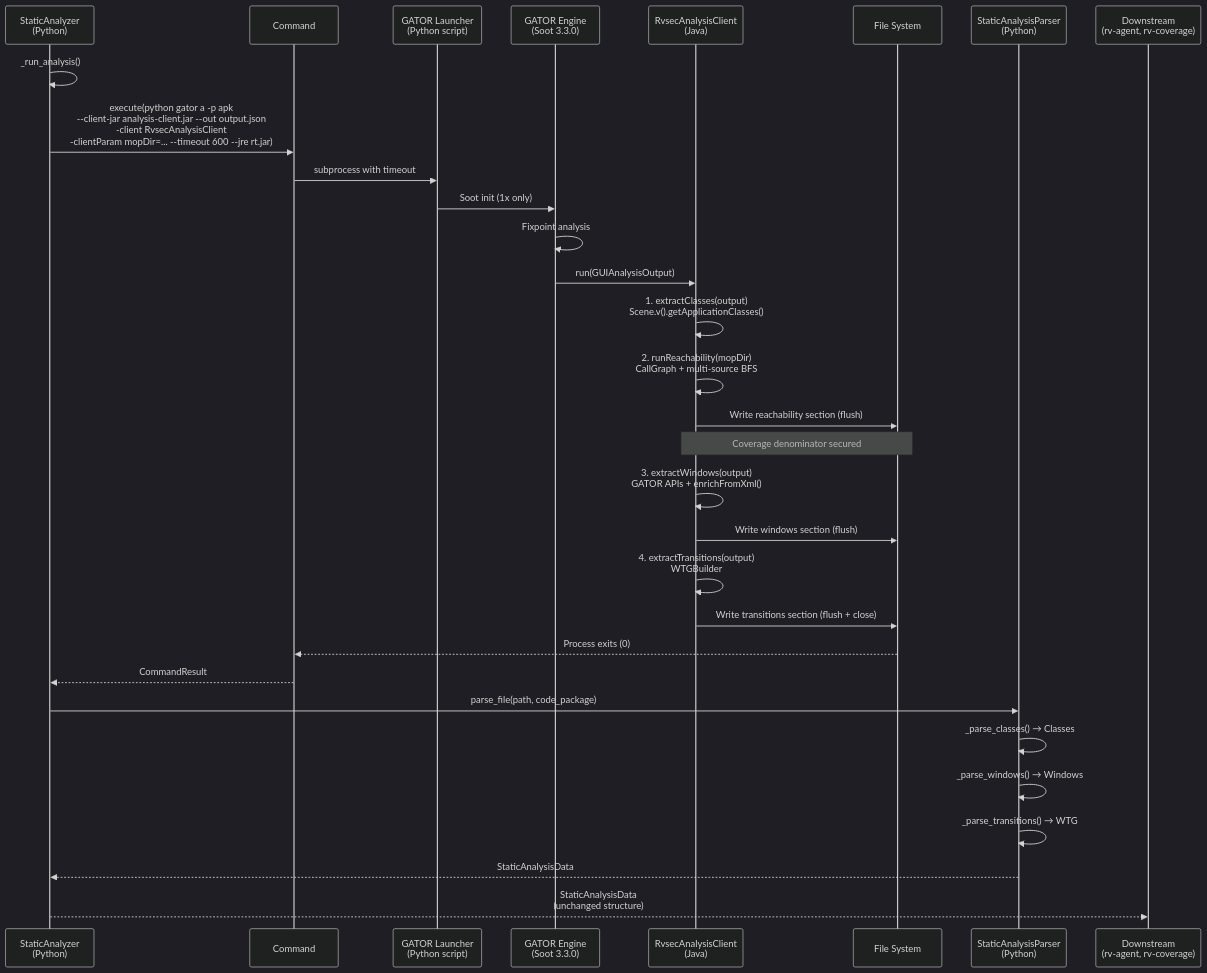
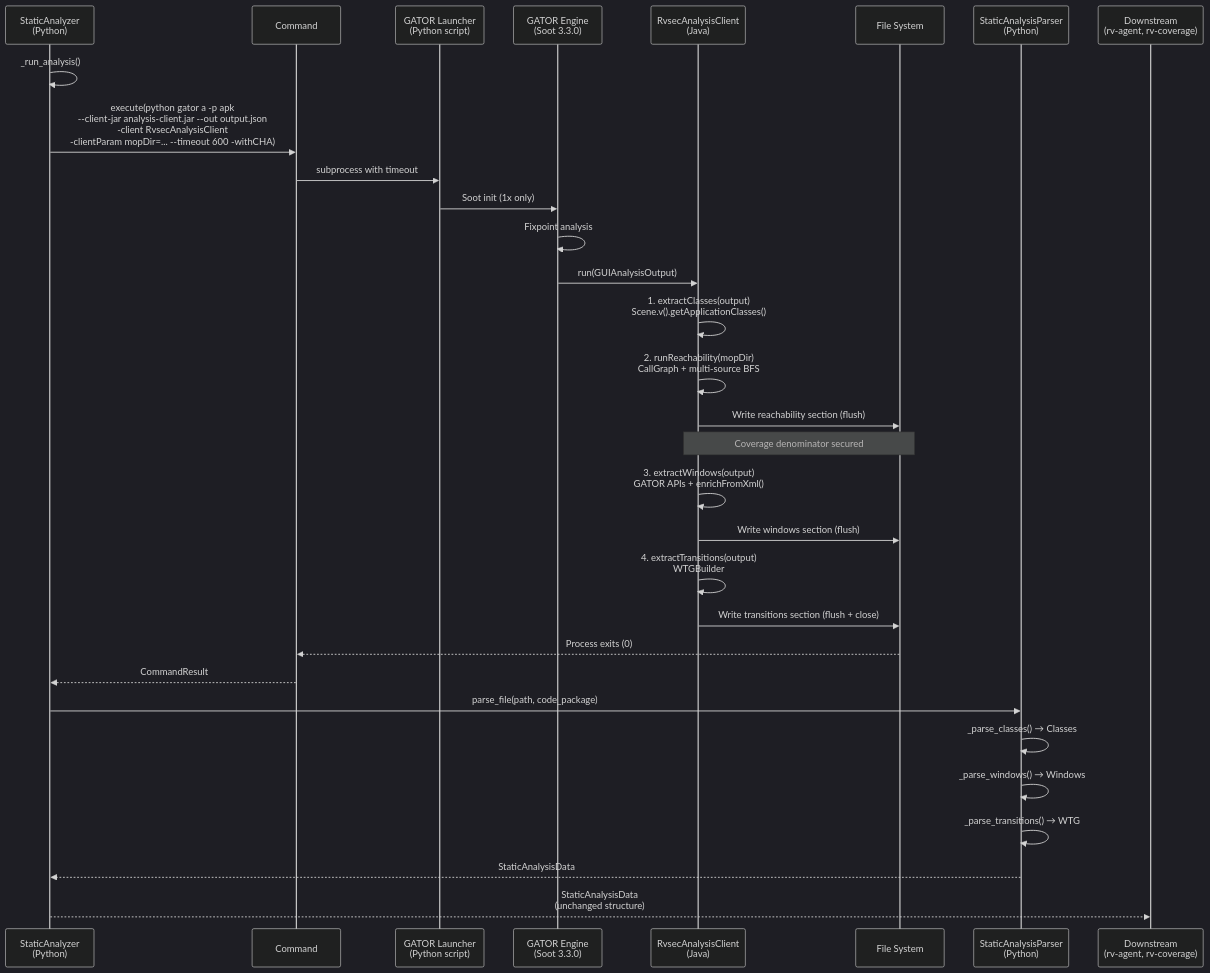
One commit to PAMunb/rvsec changed the third of 4 diagrams in rv-android/openspec/changes/gh27-unified-static-analysis/design.md. Above: the diagram before and after it, drawn with Mermaid (dark theme). The commit also changed other lines of this file and 3 other files, not shown here.

First line of the commit message:
docs(gh27): record spike findings — replace --jre with -withCHA

````diff
--- a/rv-android/openspec/changes/gh27-unified-static-analysis/design.md
+++ b/rv-android/openspec/changes/gh27-unified-static-analysis/design.md
@@ -396,40 +396,40 @@
 ```mermaid
 sequenceDiagram
     participant SA as StaticAnalyzer<br/>(Python)
     participant CMD as Command
     participant GL as GATOR Launcher<br/>(Python script)
     participant GATOR as GATOR Engine<br/>(Soot 3.3.0)
     participant UC as RvsecAnalysisClient<br/>(Java)
     participant FS as File System
     participant UP as StaticAnalysisParser<br/>(Python)
     participant DS as Downstream<br/>(rv-agent, rv-coverage)
 
     SA->>SA: _run_analysis()
-    SA->>CMD: execute(python gator a -p apk<br/>--client-jar analysis-client.jar --out output.json<br/>-client RvsecAnalysisClient<br/>-clientParam mopDir=... --timeout 600 --jre rt.jar)
+    SA->>CMD: execute(python gator a -p apk<br/>--client-jar analysis-client.jar --out output.json<br/>-client RvsecAnalysisClient<br/>-clientParam mopDir=... --timeout 600 -withCHA)
 
     CMD->>GL: subprocess with timeout
 
     GL->>GATOR: Soot init (1x only)
     GATOR->>GATOR: Fixpoint analysis
     GATOR->>UC: run(GUIAnalysisOutput)
 
     UC->>UC: 1. extractClasses(output)<br/>Scene.v().getApplicationClasses()
     UC->>UC: 2. runReachability(mopDir)<br/>CallGraph + multi-source BFS
     UC->>FS: Write reachability section (flush)
     Note over UC,FS: Coverage denominator secured
     UC->>UC: 3. extractWindows(output)<br/>GATOR APIs + enrichFromXml()
     UC->>FS: Write windows section (flush)
     UC->>UC: 4. extractTransitions(output)<br/>WTGBuilder
     UC->>FS: Write transitions section (flush + close)
 
     FS-->>CMD: Process exits (0)
     CMD-->>SA: CommandResult
 
     SA->>UP: parse_file(path, code_package)
     UP->>UP: _parse_classes() → Classes
     UP->>UP: _parse_windows() → Windows
     UP->>UP: _parse_transitions() → WTG
     UP-->>SA: StaticAnalysisData
 
     SA-->>DS: StaticAnalysisData<br/>(unchanged structure)
 ```
````
